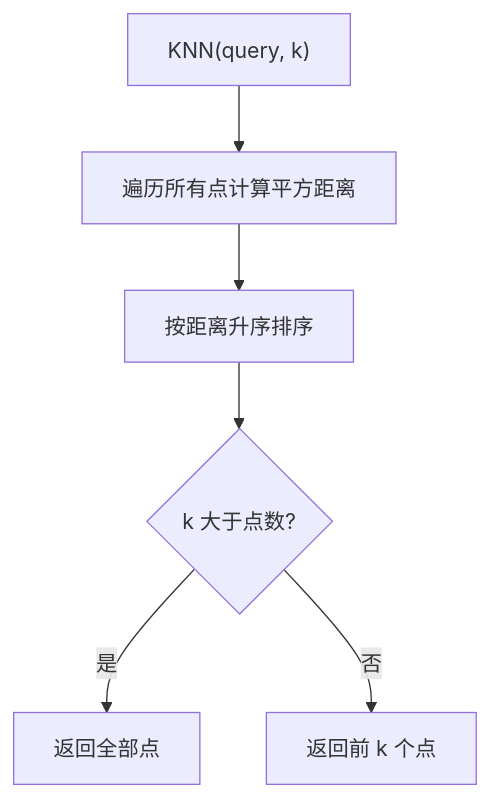
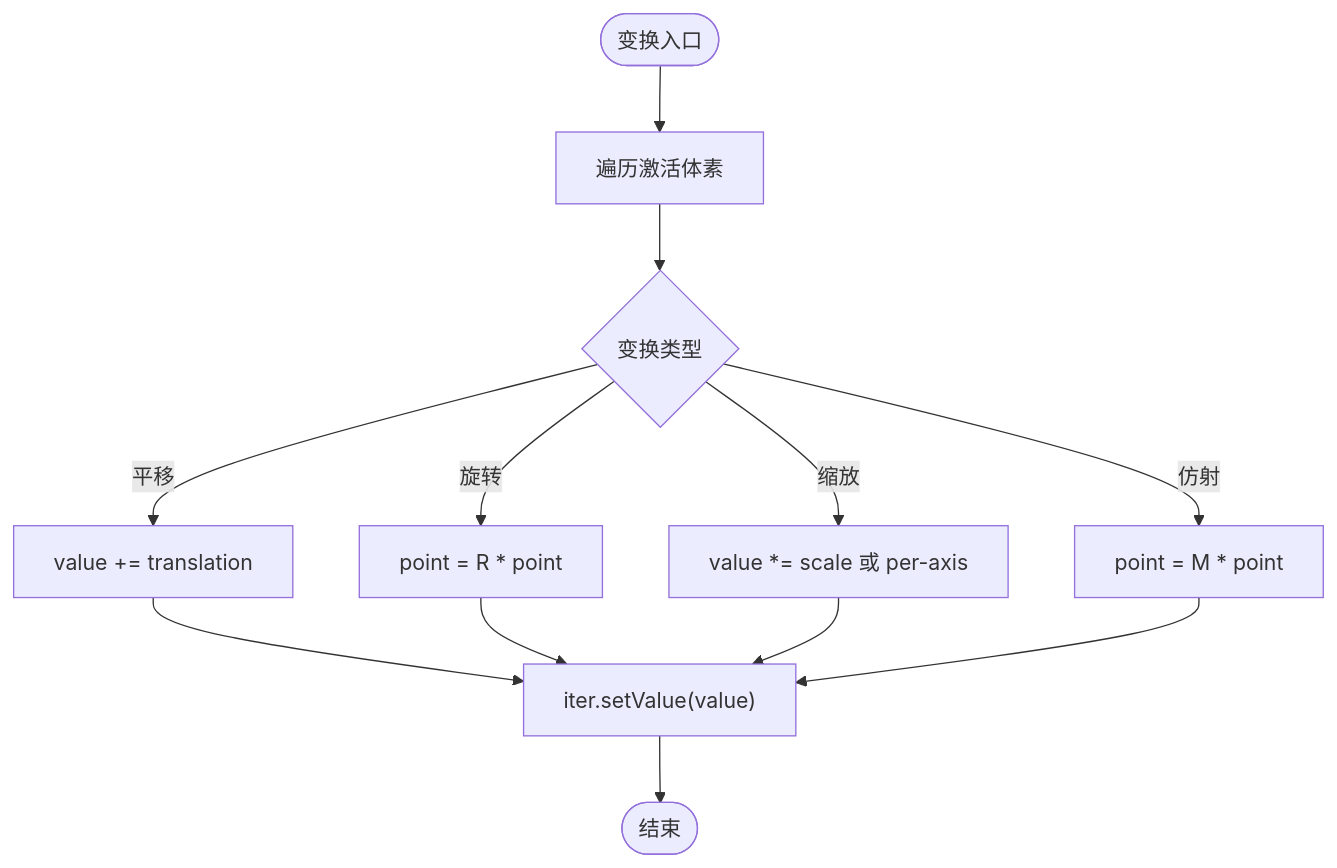
The fifth of 8 diagrams in .qoder/repowiki/zh/content/核心概念/模型抽象接口/点云模型实现.md (hsmbanlance/HsBaSlicer), drawn with Mermaid before and after one commit. The commit also changed other lines of this file and 1135 other files, not shown here.

````diff
--- a/.qoder/repowiki/zh/content/核心概念/模型抽象接口/点云模型实现.md
+++ b/.qoder/repowiki/zh/content/核心概念/模型抽象接口/点云模型实现.md
@@ -210,8 +212,14 @@
 ```mermaid
 flowchart TD
-A["KNN(query, k)"] --> B["遍历所有点计算平方距离"]
-B --> C["按距离升序排序"]
-C --> D{"k 大于点数?"}
-D --> |是| E["返回全部点"]
-D --> |否| F["返回前 k 个点"]
+TStart(["变换入口"]) --> Iterate["遍历激活体素"]
+Iterate --> ApplyOp{"变换类型"}
+ApplyOp --> |平移| AddVec["value += translation"]
+ApplyOp --> |旋转| RotMat["point = R * point"]
+ApplyOp --> |缩放| ScaleVec["value *= scale 或 per-axis"]
+ApplyOp --> |仿射| Affine["point = M * point"]
+AddVec --> Update["iter.setValue(value)"]
+RotMat --> Update
+ScaleVec --> Update
+Affine --> Update
+Update --> TEnd(["结束"])
 ```
````
